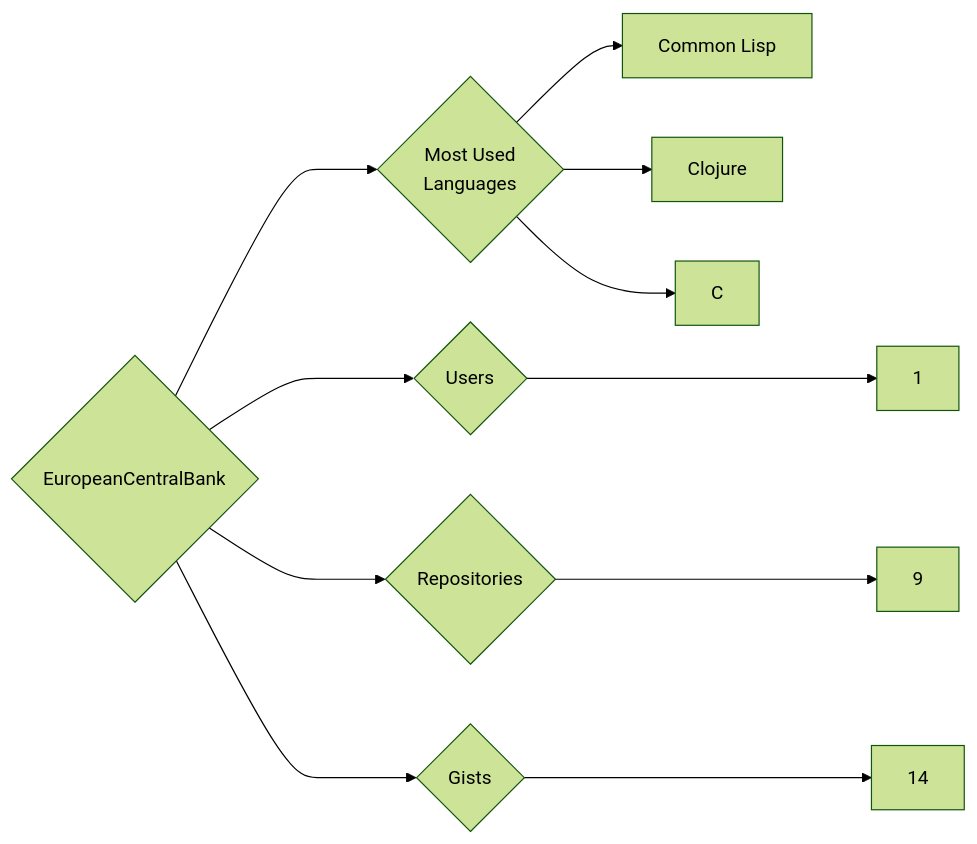
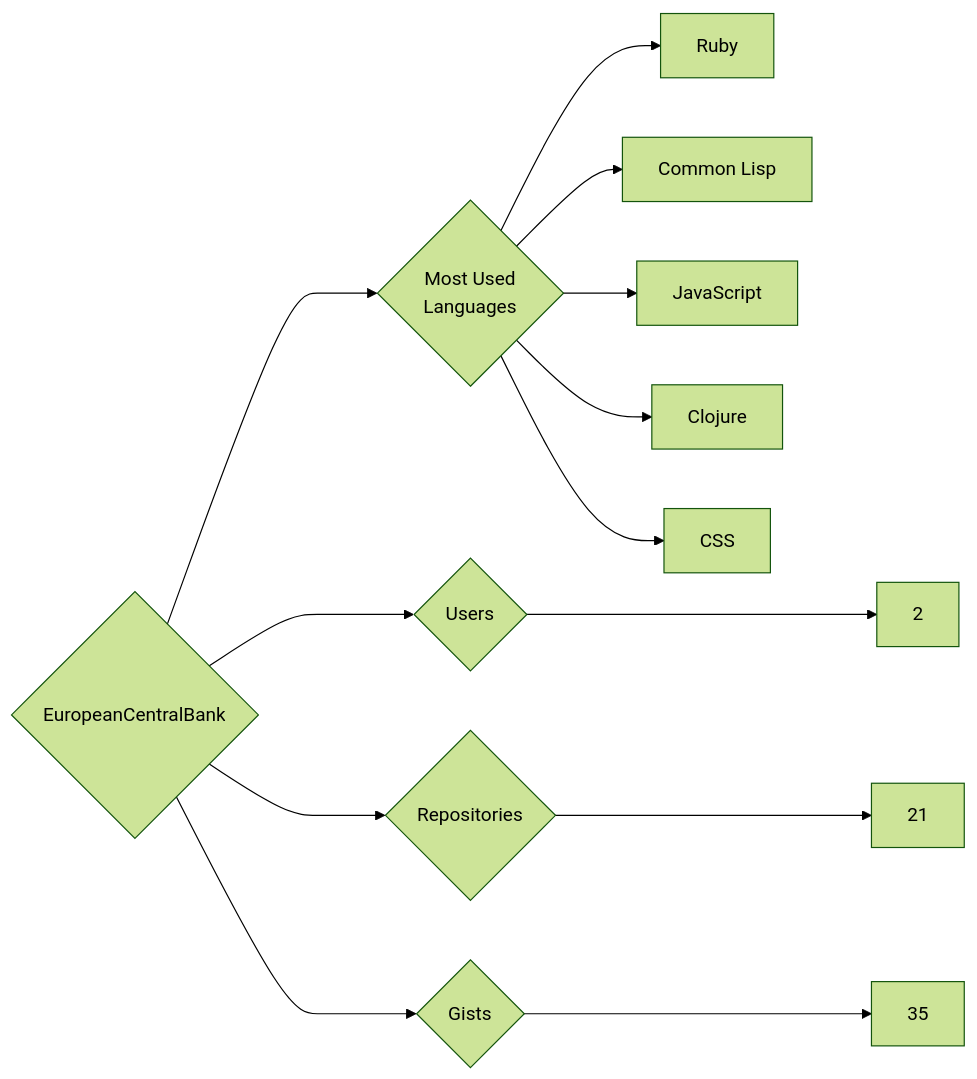
The diagram in targets/EuropeanCentralBank/README.md (trickest/insiders), drawn with Mermaid (forest theme) before and after one commit. The commit also changed 1212 other files, not shown here.

````diff
--- a/targets/EuropeanCentralBank/README.md
+++ b/targets/EuropeanCentralBank/README.md
@@ -3,11 +3,13 @@
 ```mermaid
 graph LR
 COMPANY_NAME{EuropeanCentralBank}
-COMPANY_NAME ---> U{Users} ---> UN[1]
-COMPANY_NAME ---> R{Repositories} ---> RN[9]
-COMPANY_NAME ---> G{Gists} ---> GN[14]
+COMPANY_NAME ---> U{Users} ---> UN[2]
+COMPANY_NAME ---> R{Repositories} ---> RN[21]
+COMPANY_NAME ---> G{Gists} ---> GN[35]
 COMPANY_NAME ---> ML{Most Used<br>Languages}
+ML --> Ruby[Ruby]
 ML --> Common_Lisp[Common Lisp]
+ML --> JavaScript[JavaScript]
 ML --> Clojure[Clojure]
-ML --> C[C]
+ML --> CSS[CSS]
 ```
````
